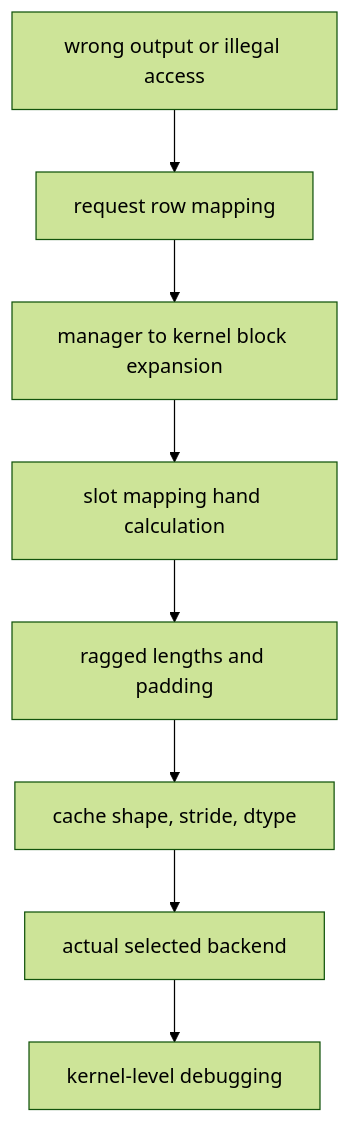
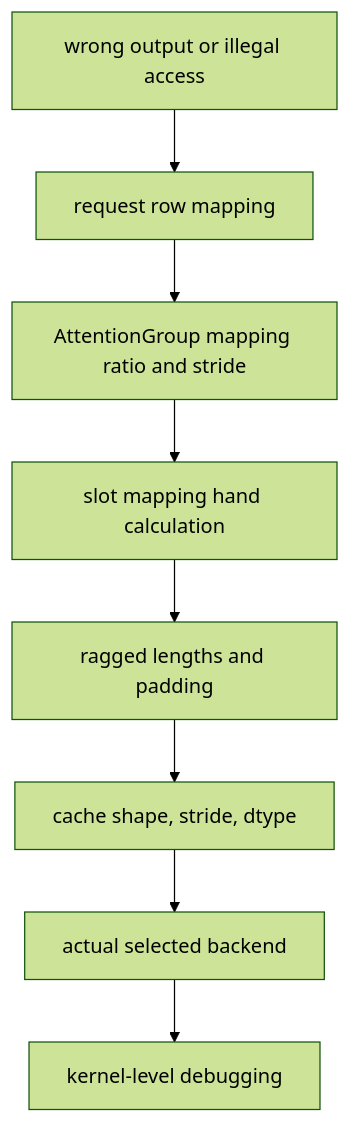
Before and after one commit to cluster1900/vllm_reader: diagram 40 of 41 in book/06-paged-attention/README.md, drawn with Mermaid (forest theme). The commit also changed other lines of this file and 37 other files, not shown here.

````diff
--- a/book/06-paged-attention/README.md
+++ b/book/06-paged-attention/README.md
@@ -1544,10 +1616,10 @@
 ```mermaid
 flowchart TD
     WRONG["wrong output or illegal access"] --> ROW["request row mapping"]
-    ROW --> EXP["manager to kernel block expansion"]
+    ROW --> EXP["AttentionGroup mapping ratio and stride"]
     EXP --> SLOT["slot mapping hand calculation"]
     SLOT --> RAG["ragged lengths and padding"]
     RAG --> LAYOUT["cache shape, stride, dtype"]
     LAYOUT --> ACTUAL["actual selected backend"]
     ACTUAL --> KERNEL["kernel-level debugging"]
 ```
````
